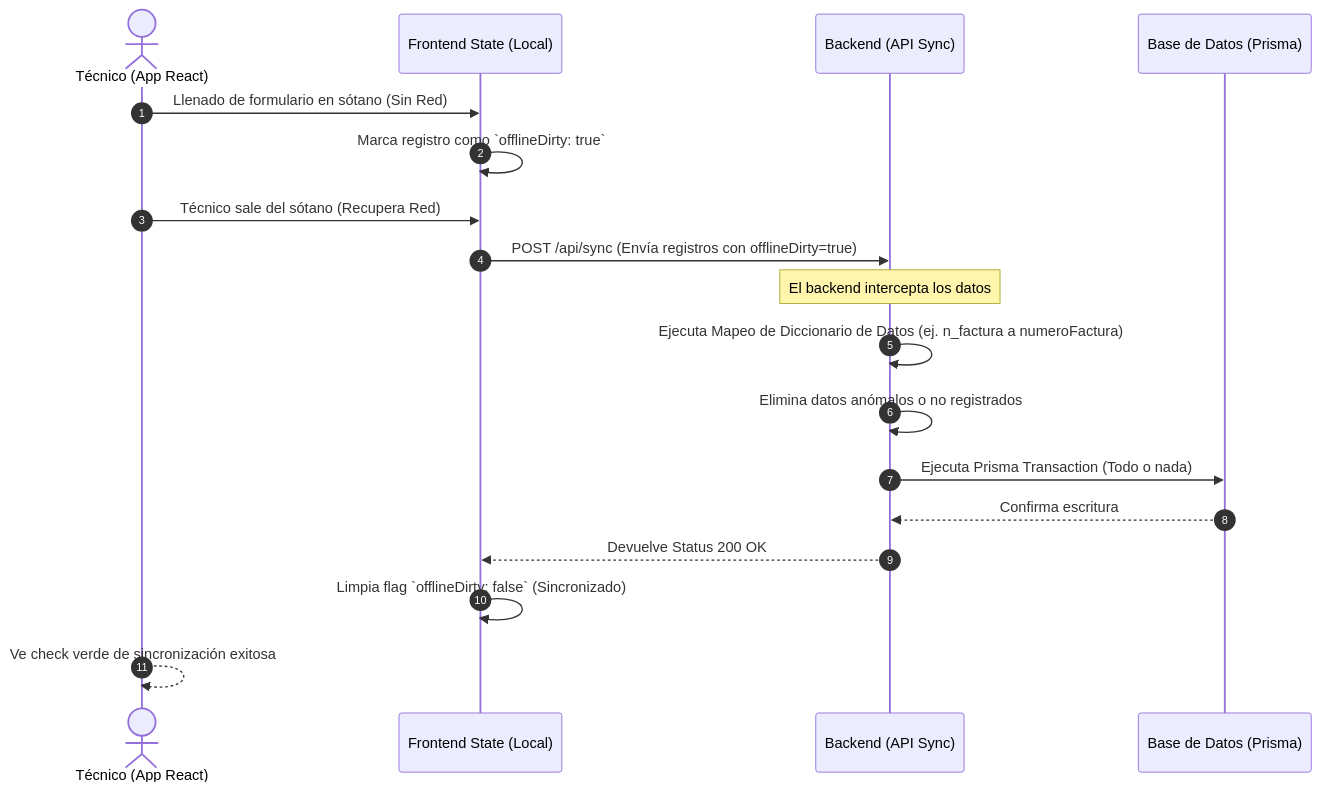
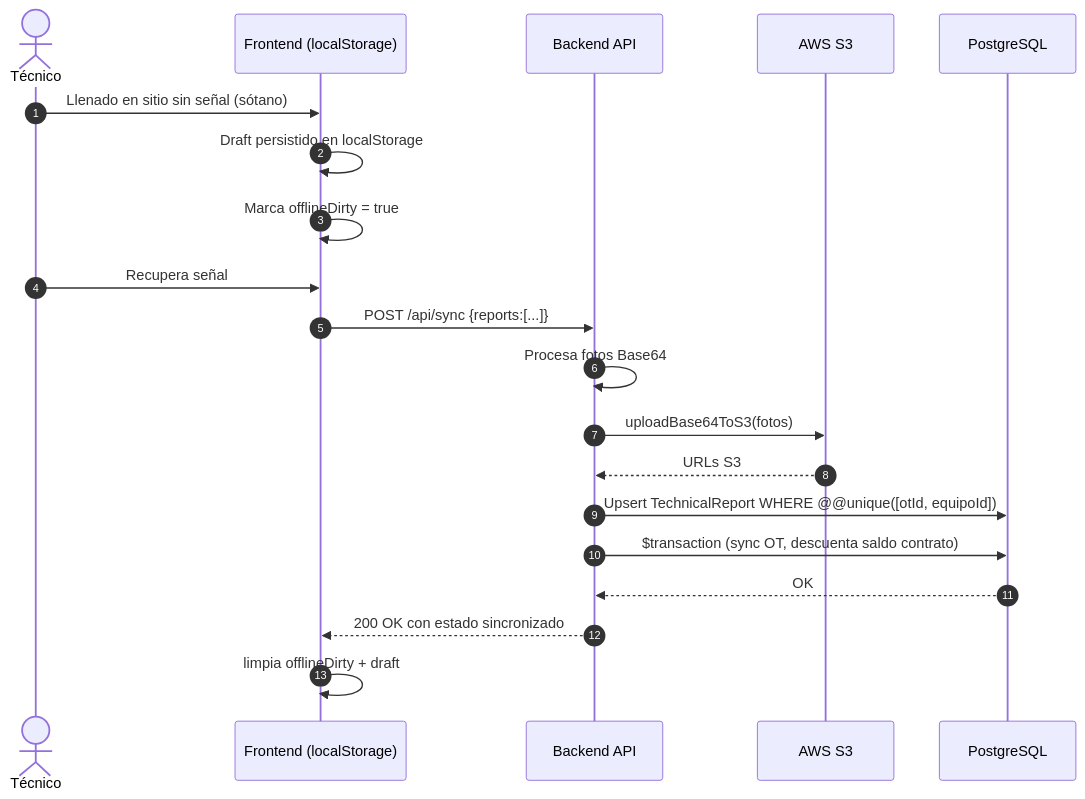
One commit to juanco1983/Gestia changed the fifth of 6 diagrams in Documentacion/architecture_c4.md. Above: the diagram before and after it, drawn with Mermaid. The commit also changed other lines of this file and 3 other files, not shown here.

````diff
--- a/Documentacion/architecture_c4.md
+++ b/Documentacion/architecture_c4.md
@@ -106,24 +219,23 @@
 ```mermaid
 sequenceDiagram
     autonumber
-    actor T as Técnico (App React)
-    participant F as Frontend State (Local)
-    participant B as Backend (API Sync)
-    participant DB as Base de Datos (Prisma)
+    actor T as Técnico
+    participant F as Frontend (localStorage)
+    participant B as Backend API
+    participant S3 as AWS S3
+    participant DB as PostgreSQL
 
-    T->>F: Llenado de formulario en sótano (Sin Red)
-    F->>F: Marca registro como `offlineDirty: true`
-    T->>F: Técnico sale del sótano (Recupera Red)
-    F->>B: POST /api/sync (Envía registros con offlineDirty=true)
-    
-    note over B: El backend intercepta los datos
-    B->>B: Ejecuta Mapeo de Diccionario de Datos (ej. n_factura a numeroFactura)
-    B->>B: Elimina datos anómalos o no registrados
-    
-    B->>DB: Ejecuta Prisma Transaction (Todo o nada)
-    DB-->>B: Confirma escritura
-    
-    B-->>F: Devuelve Status 200 OK
-    F->>F: Limpia flag `offlineDirty: false` (Sincronizado)
-    T-->>T: Ve check verde de sincronización exitosa
+    T->>F: Llenado en sitio sin señal (sótano)
+    F->>F: Draft persistido en localStorage
+    F->>F: Marca offlineDirty = true
+    T->>F: Recupera señal
+    F->>B: POST /api/sync {reports:[...]}
+    B->>B: Procesa fotos Base64
+    B->>S3: uploadBase64ToS3(fotos)
+    S3-->>B: URLs S3
+    B->>DB: Upsert TechnicalReport WHERE @@unique([otId, equipoId])
+    B->>DB: $transaction (sync OT, descuenta saldo contrato)
+    DB-->>B: OK
+    B-->>F: 200 OK con estado sincronizado
+    F->>F: limpia offlineDirty + draft
 ```
````
